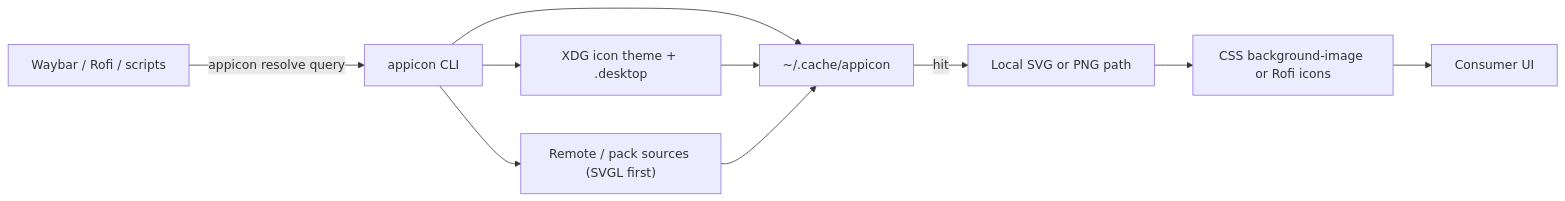
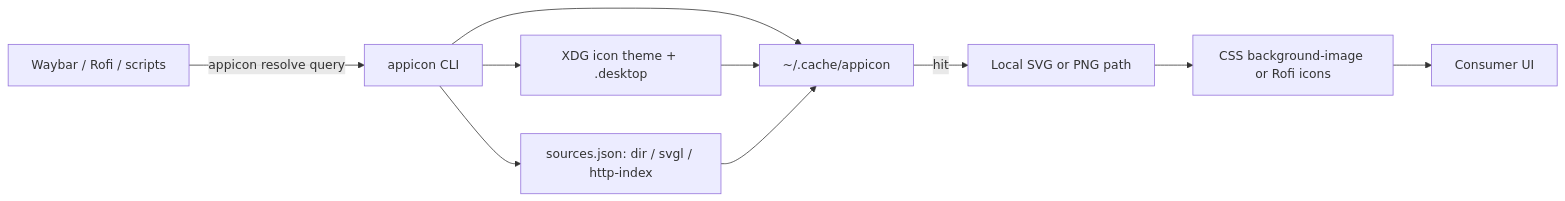
Before and after one commit to bolens/appicon: the diagram in .cursor/plans/standalone_appicon_cli.plan.md, drawn with Mermaid. The commit also changed other lines of this file and 1 other file, not shown here.

````diff
--- a/.cursor/plans/standalone_appicon_cli.plan.md
+++ b/.cursor/plans/standalone_appicon_cli.plan.md
@@ -62,12 +90,12 @@
 ```mermaid
 flowchart LR
   consumer["Waybar / Rofi / scripts"] -->|"appicon resolve query"| cli[appicon CLI]
   cli --> cache["~/.cache/appicon"]
   cli --> xdg[XDG icon theme + .desktop]
-  cli --> sources["Remote / pack sources (SVGL first)"]
+  cli --> sources["sources.json: dir / svgl / http-index"]
   cache -->|"hit"| path[Local SVG or PNG path]
   xdg --> cache
   sources --> cache
   path --> css["CSS background-image or Rofi icons"]
   css --> ui[Consumer UI]
 ```
````
